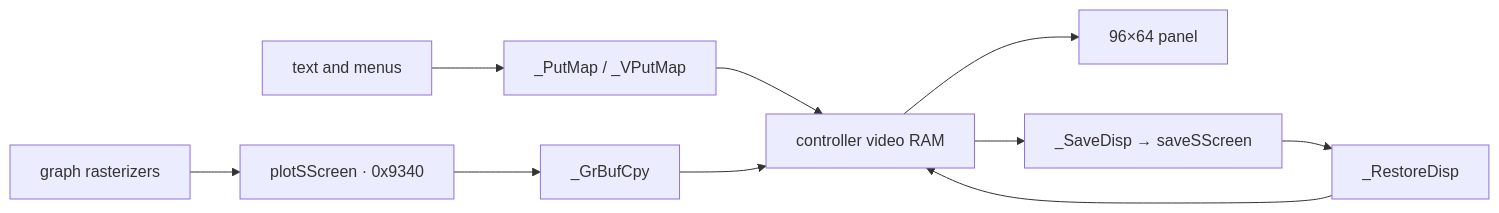
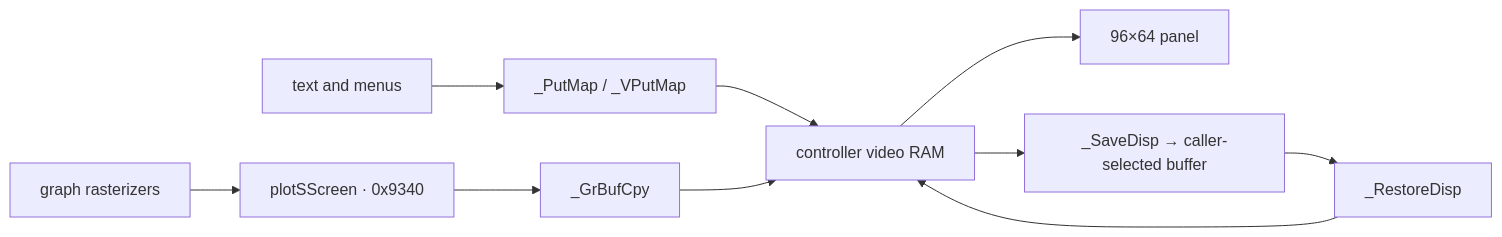
Before and after one commit to siraben/ti84p-re: the diagram in docs/display-lcd.md, drawn with Mermaid. The commit also changed 72 other files, not shown here.

````diff
--- a/docs/display-lcd.md
+++ b/docs/display-lcd.md
@@ -9,12 +9,12 @@
 ```mermaid
 flowchart LR
     TEXT["text and menus"] --> PUT["_PutMap / _VPutMap"]
     PUT --> LCD["controller video RAM"]
     GRAPH["graph rasterizers"] --> BUF["plotSScreen · 0x9340"]
     BUF --> CPY["_GrBufCpy"]
     CPY --> LCD
     LCD --> PANEL["96×64 panel"]
-    LCD --> SAVE["_SaveDisp → saveSScreen"]
+    LCD --> SAVE["_SaveDisp → caller-selected buffer"]
     SAVE --> RESTORE["_RestoreDisp"]
     RESTORE --> LCD
 ```
````
